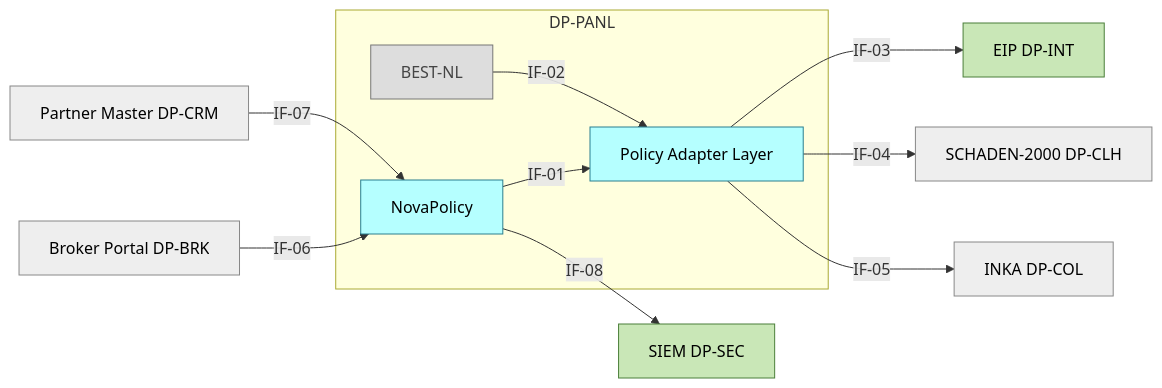
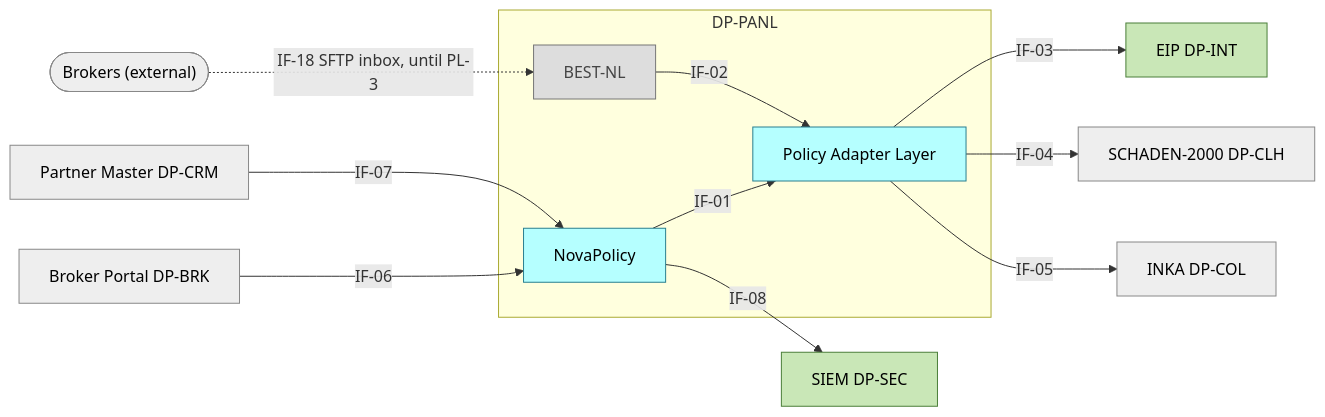
The first of 3 diagrams in docs/architecture/blueprints/example/03-dp-blueprint-policy-admin-nonlife.md (ArthurNeudeck/neudeck.gihub.io), drawn with Mermaid before and after one commit. The commit also changed other lines of this file and 22 other files, not shown here.

````diff
--- a/docs/architecture/blueprints/example/03-dp-blueprint-policy-admin-nonlife.md
+++ b/docs/architecture/blueprints/example/03-dp-blueprint-policy-admin-nonlife.md
@@ -47,26 +48,27 @@
 ```mermaid
 flowchart LR
   subgraph PANL["DP-PANL"]
     NOVA["NovaPolicy"]:::app
     BEST["BEST-NL"]:::legacy
     PAD["Policy Adapter Layer"]:::app
   end
   BRP["Broker Portal DP-BRK"]:::ext -->|IF-06| NOVA
   PRT["Partner Master DP-CRM"]:::ext -->|IF-07| NOVA
   NOVA -->|IF-01| PAD
   BEST -->|IF-02| PAD
   PAD -->|IF-03| EIP["EIP DP-INT"]:::tech
   PAD -->|IF-04| CLM["SCHADEN-2000 DP-CLH"]:::ext
   PAD -->|IF-05| INK["INKA DP-COL"]:::ext
   NOVA -->|IF-08| SIEM["SIEM DP-SEC"]:::tech
+  BRK(["Brokers (external)"]):::ext -.->|"IF-18 SFTP inbox, until PL-3"| BEST
   classDef app fill:#b5ffff,stroke:#2a7f8f,color:#000
   classDef biz fill:#ffffb5,stroke:#a89a2b,color:#000
   classDef tech fill:#c9e7b7,stroke:#4b7f3a,color:#000
   classDef ext fill:#eeeeee,stroke:#888,color:#000
   classDef red fill:#f5a3a3,stroke:#b03030,color:#000
   classDef amber fill:#ffd591,stroke:#c98a00,color:#000
   classDef green fill:#b7e4b0,stroke:#3c8a32,color:#000
   classDef temp fill:#ffffff,stroke:#888,stroke-dasharray:5 5,color:#000
   classDef legacy fill:#dddddd,stroke:#777,color:#444
   classDef new fill:#b5ffff,stroke:#1d6fa5,stroke-width:3px,color:#000
 ```
````
